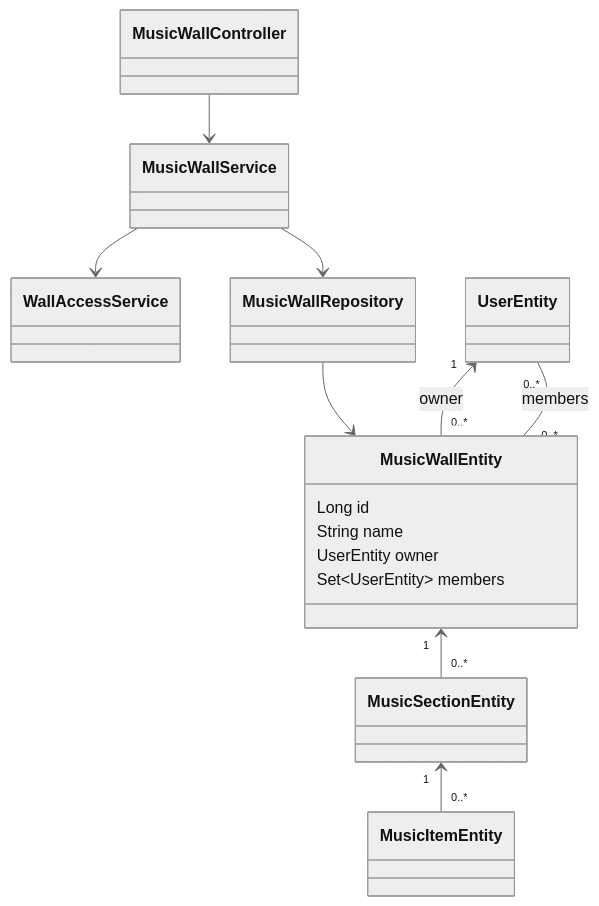
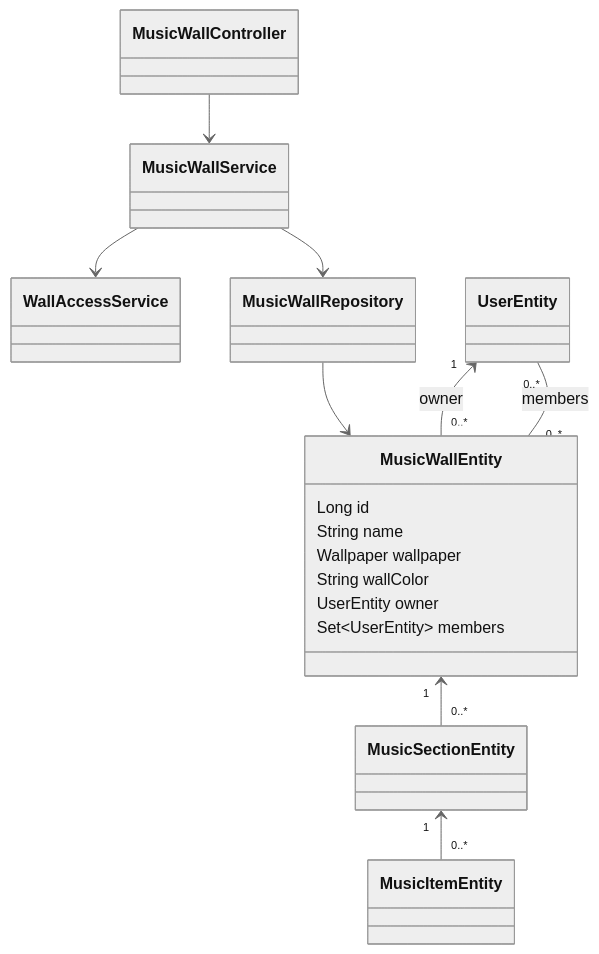
The third of 6 diagrams in docs/architecture-and-defense.md (jannagudumac/music-wall), drawn with Mermaid (neutral theme) before and after one commit. The commit also changed other lines of this file and 21 other files, not shown here.

````diff
--- a/docs/architecture-and-defense.md
+++ b/docs/architecture-and-defense.md
@@ -121,24 +121,26 @@
 ```mermaid
 classDiagram
   class MusicWallController
   class MusicWallService
   class WallAccessService
   class MusicWallRepository
   class MusicWallEntity {
     Long id
     String name
+    Wallpaper wallpaper
+    String wallColor
     UserEntity owner
     Set~UserEntity~ members
   }
   class MusicSectionEntity
   class MusicItemEntity
   class UserEntity
   MusicWallController --> MusicWallService
   MusicWallService --> WallAccessService
   MusicWallService --> MusicWallRepository
   MusicWallRepository --> MusicWallEntity
   UserEntity "1" <-- "0..*" MusicWallEntity : owner
   UserEntity "0..*" -- "0..*" MusicWallEntity : members
   MusicWallEntity "1" <-- "0..*" MusicSectionEntity
   MusicSectionEntity "1" <-- "0..*" MusicItemEntity
 ```
````
